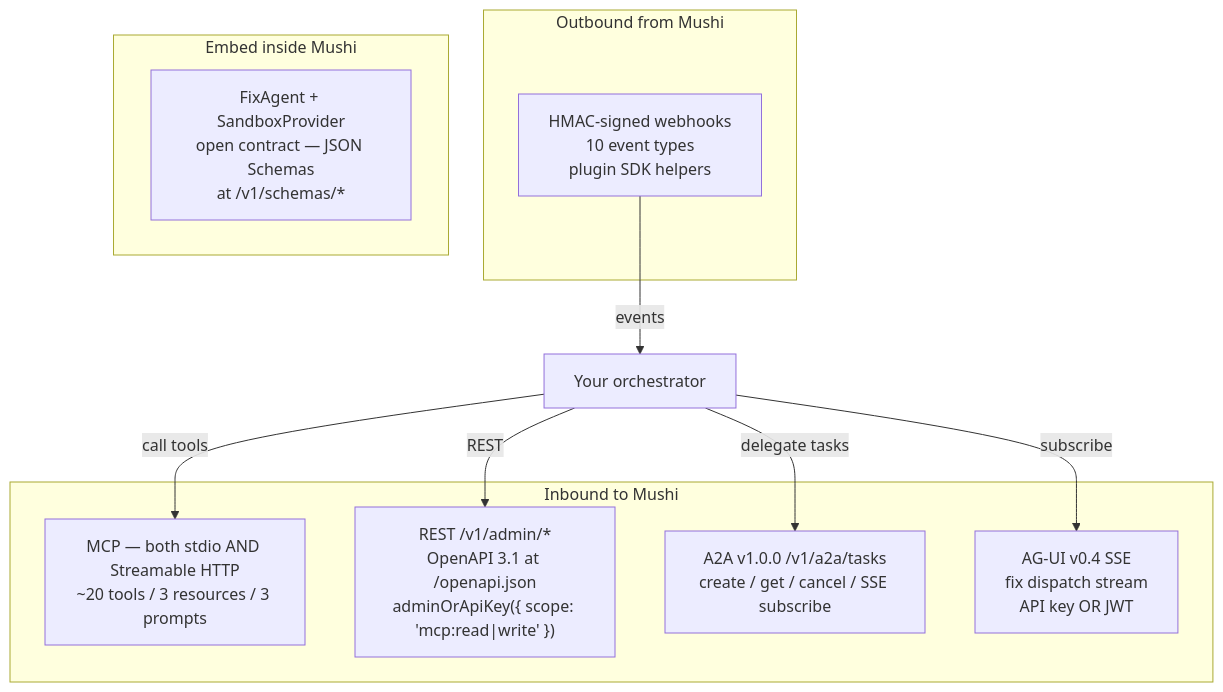
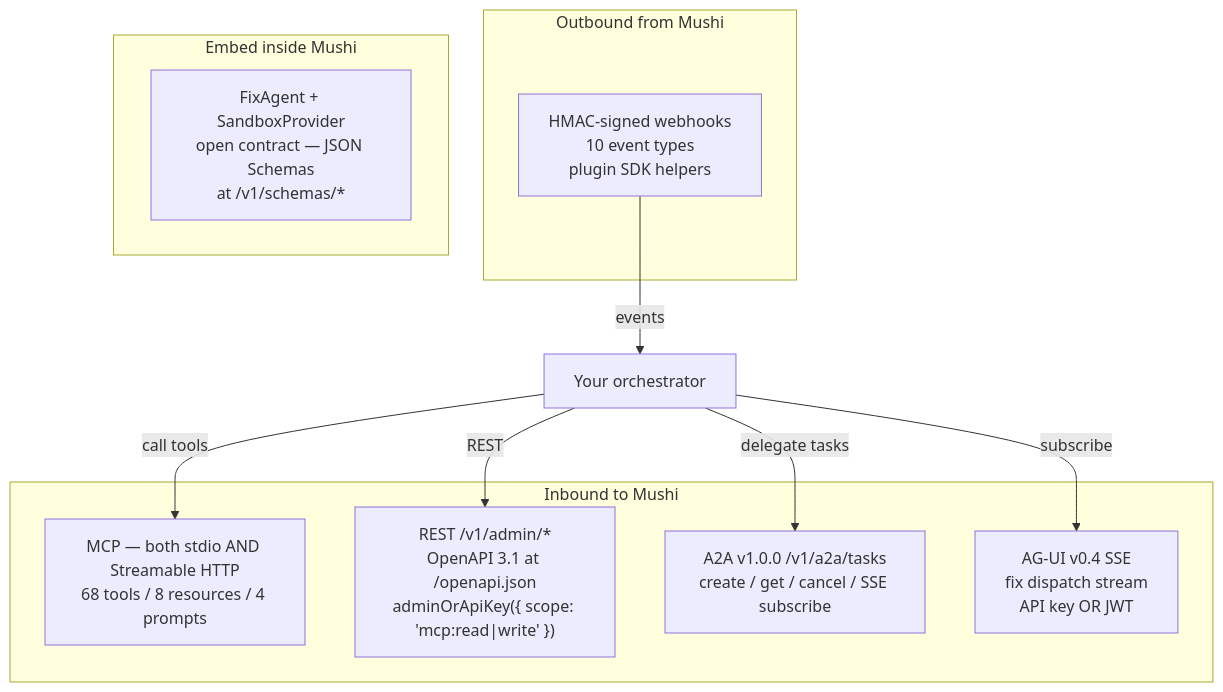
One commit to kensaurus/mushi-mushi changed the diagram in apps/docs/content/concepts/orchestrator-interop.mdx. Above: the diagram before and after it, drawn with Mermaid. The commit also changed other lines of this file and 520 other files, not shown here.

````diff
--- a/apps/docs/content/concepts/orchestrator-interop.mdx
+++ b/apps/docs/content/concepts/orchestrator-interop.mdx
@@ -31,20 +31,20 @@
 ```mermaid
 flowchart TB
   subgraph Inbound["Inbound to Mushi"]
-    MCP["MCP — both stdio AND Streamable HTTP<br/>~20 tools / 3 resources / 3 prompts"]
+    MCP["MCP — both stdio AND Streamable HTTP<br/>68 tools / 8 resources / 4 prompts"]
     REST["REST /v1/admin/*<br/>OpenAPI 3.1 at /openapi.json<br/>adminOrApiKey({ scope: 'mcp:read|write' })"]
     A2A["A2A v1.0.0 /v1/a2a/tasks<br/>create / get / cancel / SSE subscribe"]
     AGUI["AG-UI v0.4 SSE<br/>fix dispatch stream<br/>API key OR JWT"]
   end
   subgraph Outbound["Outbound from Mushi"]
     Hooks["HMAC-signed webhooks<br/>10 event types<br/>plugin SDK helpers"]
   end
   subgraph Native["Embed inside Mushi"]
     FA["FixAgent + SandboxProvider<br/>open contract — JSON Schemas<br/>at /v1/schemas/*"]
   end
   Orch["Your orchestrator"] -->|"call tools"| MCP
   Orch -->|"REST"| REST
   Orch -->|"delegate tasks"| A2A
   Orch -->|"subscribe"| AGUI
   Hooks -->|"events"| Orch
 ```
````
